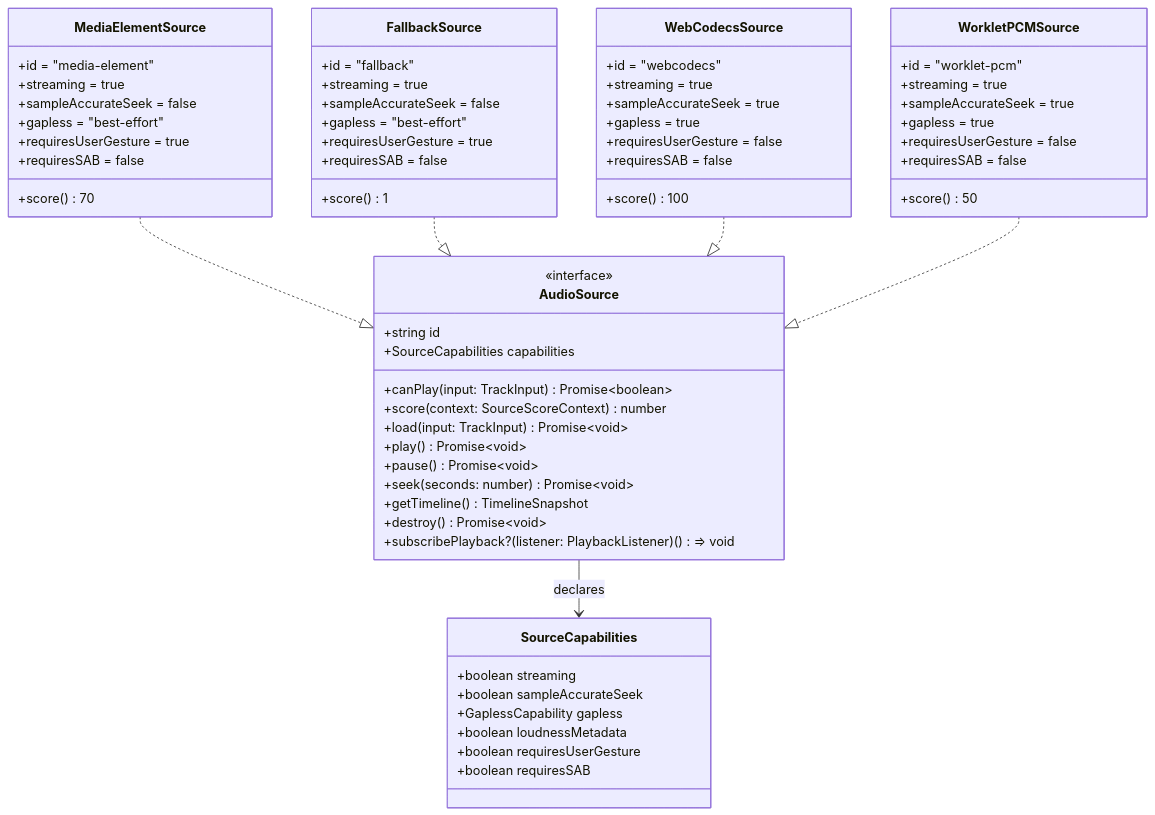
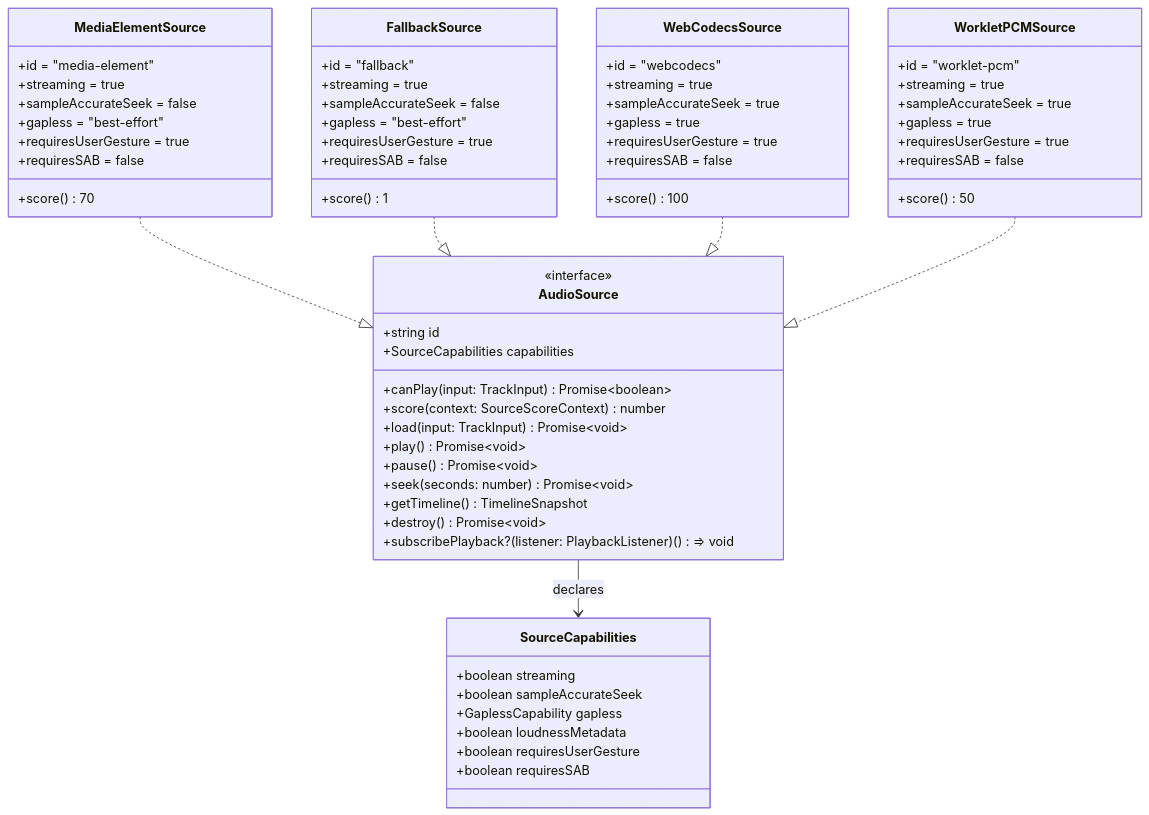
One commit to kalynbeach/kkb changed the second of 4 diagrams in docs/diagrams/2026-03-10-web-audio-player-architecture.md. Above: the diagram before and after it, drawn with Mermaid. The commit also changed other lines of this file and 18 other files, not shown here.

````diff
--- a/docs/diagrams/2026-03-10-web-audio-player-architecture.md
+++ b/docs/diagrams/2026-03-10-web-audio-player-architecture.md
@@ -64,72 +64,72 @@
 ```mermaid
 classDiagram
     class AudioSource {
         <<interface>>
         +string id
         +SourceCapabilities capabilities
         +canPlay(input: TrackInput) Promise~boolean~
         +score(context: SourceScoreContext) number
         +load(input: TrackInput) Promise~void~
         +play() Promise~void~
         +pause() Promise~void~
         +seek(seconds: number) Promise~void~
         +getTimeline() TimelineSnapshot
         +destroy() Promise~void~
         +subscribePlayback?(listener: PlaybackListener) () => void
     }
 
     class SourceCapabilities {
         +boolean streaming
         +boolean sampleAccurateSeek
         +GaplessCapability gapless
         +boolean loudnessMetadata
         +boolean requiresUserGesture
         +boolean requiresSAB
     }
 
     class MediaElementSource {
         +id = "media-element"
         +score() 70
         +streaming = true
         +sampleAccurateSeek = false
         +gapless = "best-effort"
         +requiresUserGesture = true
         +requiresSAB = false
     }
 
     class FallbackSource {
         +id = "fallback"
         +score() 1
         +streaming = true
         +sampleAccurateSeek = false
         +gapless = "best-effort"
         +requiresUserGesture = true
         +requiresSAB = false
     }
 
     class WebCodecsSource {
         +id = "webcodecs"
         +score() 100
         +streaming = true
         +sampleAccurateSeek = true
         +gapless = true
-        +requiresUserGesture = false
+        +requiresUserGesture = true
         +requiresSAB = false
     }
 
     class WorkletPCMSource {
         +id = "worklet-pcm"
         +score() 50
         +streaming = true
         +sampleAccurateSeek = true
         +gapless = true
-        +requiresUserGesture = false
+        +requiresUserGesture = true
         +requiresSAB = false
     }
 
     AudioSource --> SourceCapabilities : declares
     MediaElementSource ..|> AudioSource
     FallbackSource ..|> AudioSource
     WebCodecsSource ..|> AudioSource
     WorkletPCMSource ..|> AudioSource
 ```
````
